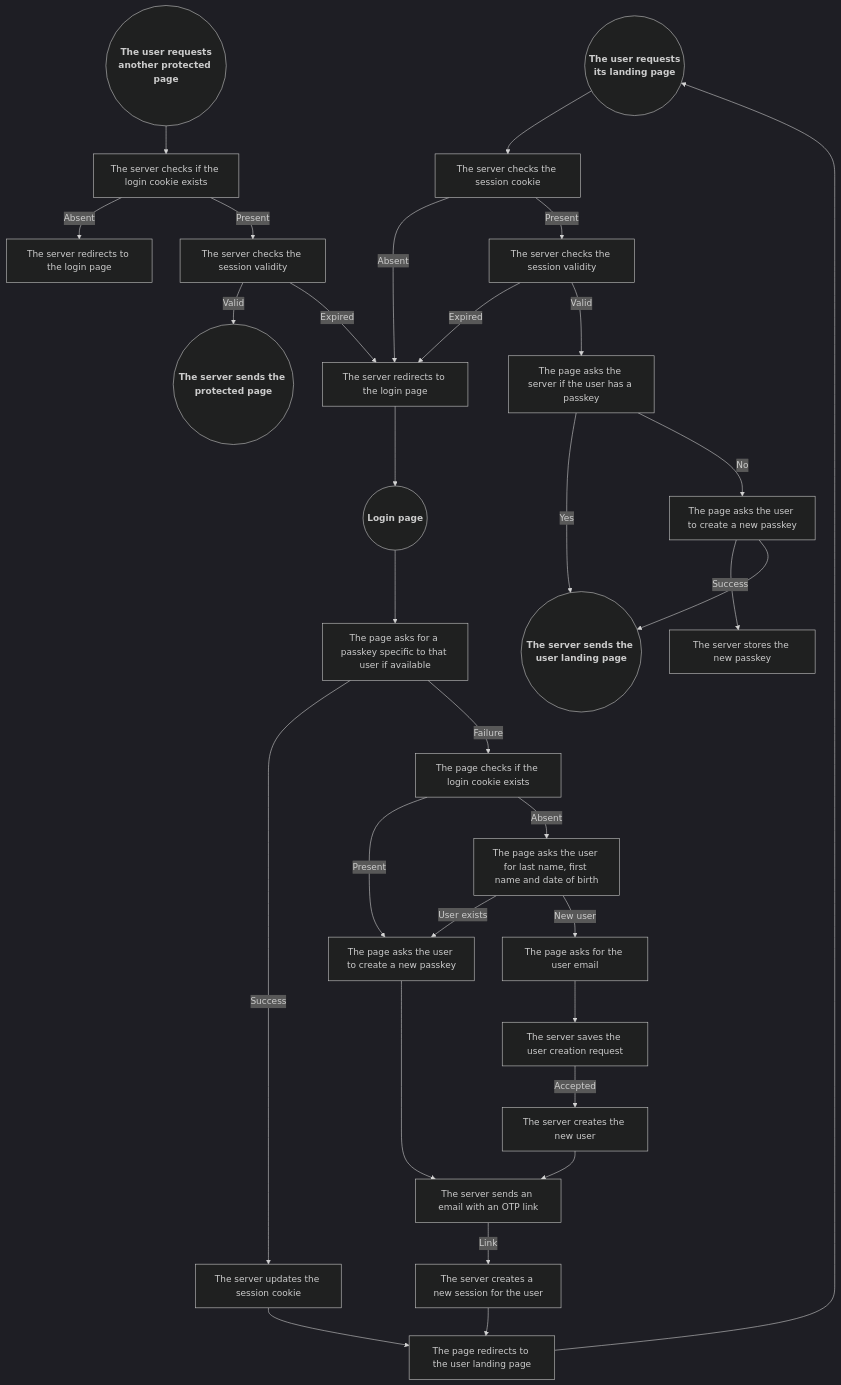
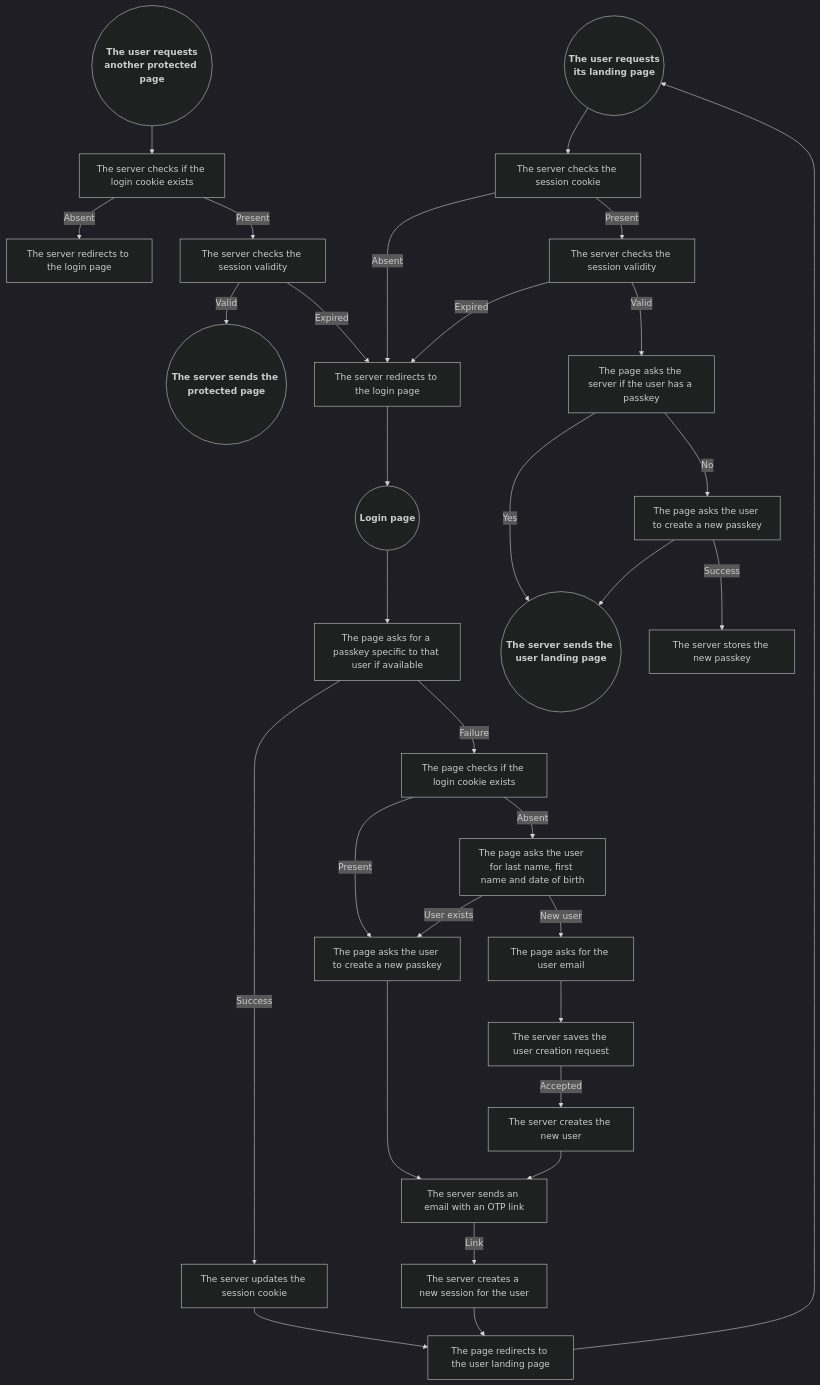
One commit to programingjd/tiered_server changed the diagram in README.md. Above: the diagram before and after it, drawn with Mermaid (dark theme). The commit also changed other lines of this file, not shown here.

````diff
--- a/README.md
+++ b/README.md
@@ -123,40 +123,40 @@
 ```mermaid
 graph TD;
   UserLandingPageRequest(("<b>The user requests<br>its landing page</b>"))
   ProtectedPageRequest(("<b>The user requests<br>another protected page</b>"))
   LoginPageRequest(("<b>Login page</b>"))
   
   ProtectedPageRequest-->QueryCookie1[The server checks if the login cookie exists]
   QueryCookie1-->|Absent|LoginPageRedirect1[The server redirects to the login page]
   QueryCookie1-->|Present|CheckSessionValidity1[The server checks the session validity]
   CheckSessionValidity1-->|Valid|ProtectedPageResponse(("<b>The server sends the protected page<b>"))
   CheckSessionValidity1-->|Expired|LoginPageRedirect
 
   UserLandingPageRequest-->QueryCookie2[The server checks the session cookie]
   QueryCookie2--Absent-->LoginPageRedirect[The server redirects to the login page]
   QueryCookie2--Present-->CheckSessionValidity2[The server checks the session validity]
   CheckSessionValidity2-->|Expired|LoginPageRedirect
   CheckSessionValidity2-->|Valid|QueryExistingPasskey2[The page asks the server if the user has a passkey]
   QueryExistingPasskey2-->|Yes|UserLandingPageResponse(("<b>The server sends the user landing page<b>"))
   QueryExistingPasskey2-->|No|NewPasskeyPrompt2[The page asks the user to create a new passkey]
+  NewPasskeyPrompt2-->UserLandingPageResponse
   NewPasskeyPrompt2-->|Success|NewPasskeyStore2[The server stores the new passkey]
-  NewPasskeyPrompt2-->UserLandingPageResponse
 
   LoginPageRequest-->QueryPasskey[The page asks for a passkey specific to that user if available]
   QueryPasskey-->|Success|SessionCookieUpdate[The server updates the session cookie]
   SessionCookieUpdate-->UserLandingPageRedirect[The page redirects to the user landing page]
   QueryPasskey-->|Failure|QueryCookie3[The page checks if the login cookie exists]
   QueryCookie3-->|Present|NewPasskeyPrompt3[The page asks the user to create a new passkey]
   QueryCookie3-->|Absent|UserForm[The page asks the user for last name, first name and date of birth]
   UserForm-->|User exists|NewPasskeyPrompt3
   NewPasskeyPrompt3-->EmailOTP[The server sends an email with an OTP link]
   EmailOTP-->|Link|NewSession[The server creates a new session for the user]
   NewSession-->UserLandingPageRedirect
   UserForm-->|New user|NewUser[The page asks for the user email]
   NewUser-->UserModeration[The server saves the user creation request]
   UserModeration-->|Accepted|UserCreation[The server creates the new user]
   UserCreation-->EmailOTP
   
   UserLandingPageRedirect-->UserLandingPageRequest
   LoginPageRedirect-->LoginPageRequest
 ```
````
